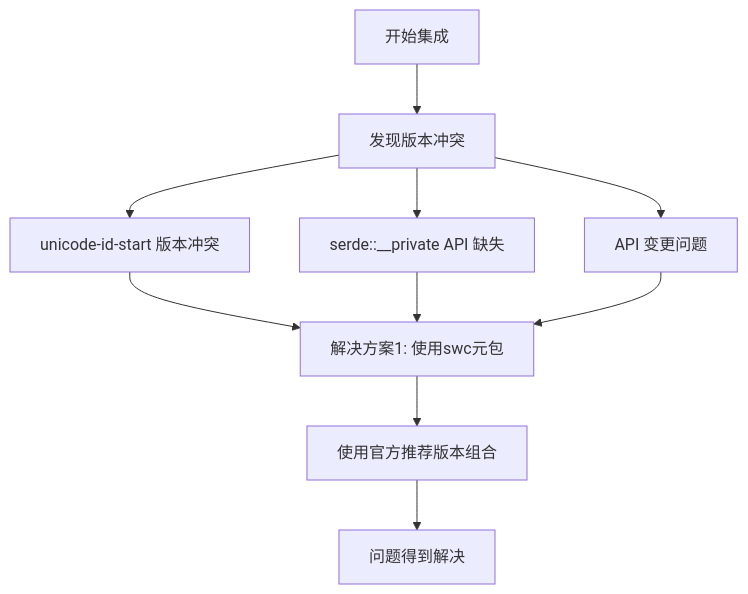
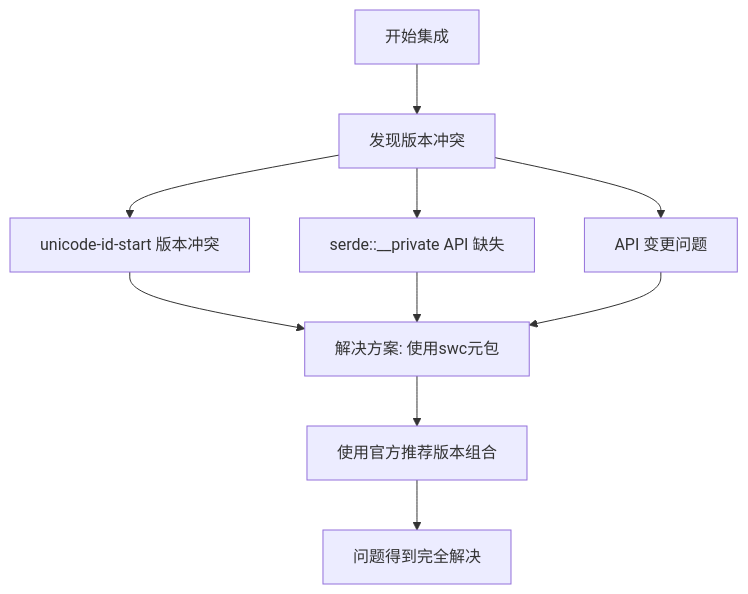
The fifth of 7 diagrams in .qoder/repowiki/zh/content/项目概述/技术架构总览/SWC集成可行性评估.md (itszzl-sudo/iris), drawn with Mermaid before and after one commit. The commit also changed other lines of this file and 23 other files, not shown here.

````diff
--- a/.qoder/repowiki/zh/content/项目概述/技术架构总览/SWC集成可行性评估.md
+++ b/.qoder/repowiki/zh/content/项目概述/技术架构总览/SWC集成可行性评估.md
@@ -210,12 +219,12 @@
 ```mermaid
 flowchart TD
 A[开始集成] --> B[发现版本冲突]
 B --> C[unicode-id-start 版本冲突]
 B --> D[serde::__private API 缺失]
 B --> E[API 变更问题]
-C --> F[解决方案1: 使用swc元包]
+C --> F[解决方案: 使用swc元包]
 D --> F
 E --> F
 F --> G[使用官方推荐版本组合]
-G --> H[问题得到解决]
+G --> H[问题得到完全解决]
 ```
````
